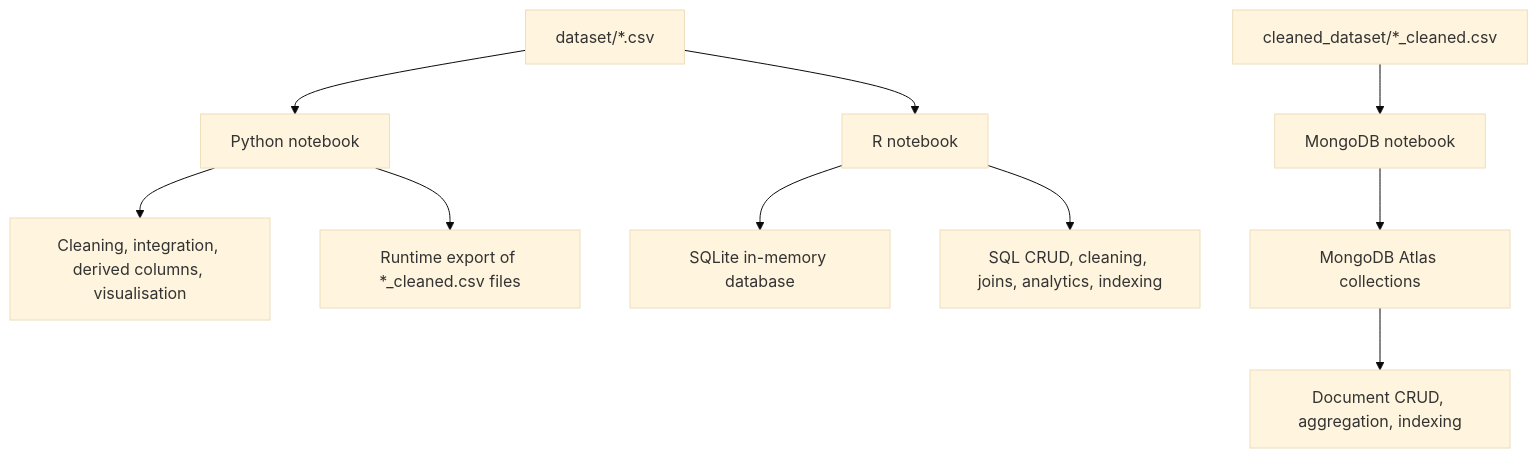
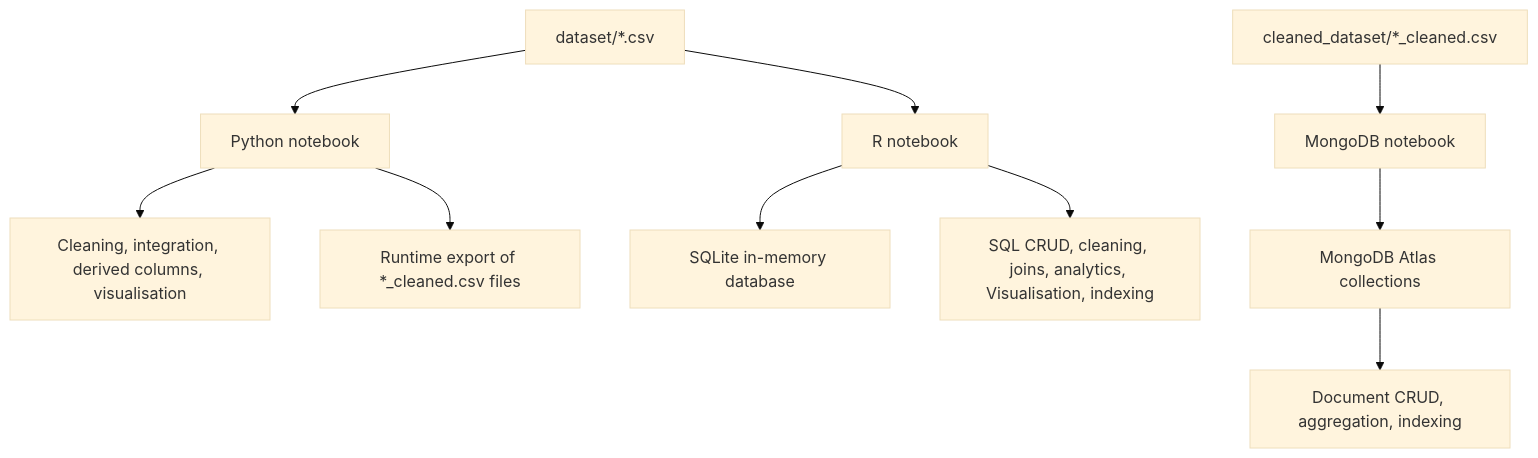
The second of 3 diagrams in README.md (nomankaleemromane/NorthStar-DBA-Coursework), drawn with Mermaid (base theme) before and after one commit.

````diff
--- a/README.md
+++ b/README.md
@@ -74,12 +74,12 @@
 ```mermaid
 flowchart TD
     A[dataset/*.csv] --> B[Python notebook]
     A --> C[R notebook]
     B --> D[Cleaning, integration, derived columns, visualisation]
     B --> E[Runtime export of *_cleaned.csv files]
     C --> F[SQLite in-memory database]
-    C --> G[SQL CRUD, cleaning, joins, analytics, indexing]
+    C --> G[SQL CRUD, cleaning, joins, analytics, Visualisation, indexing]
     H[cleaned_dataset/*_cleaned.csv] --> I[MongoDB notebook]
     I --> J[MongoDB Atlas collections]
     J --> K[Document CRUD, aggregation, indexing]
 ```
````
